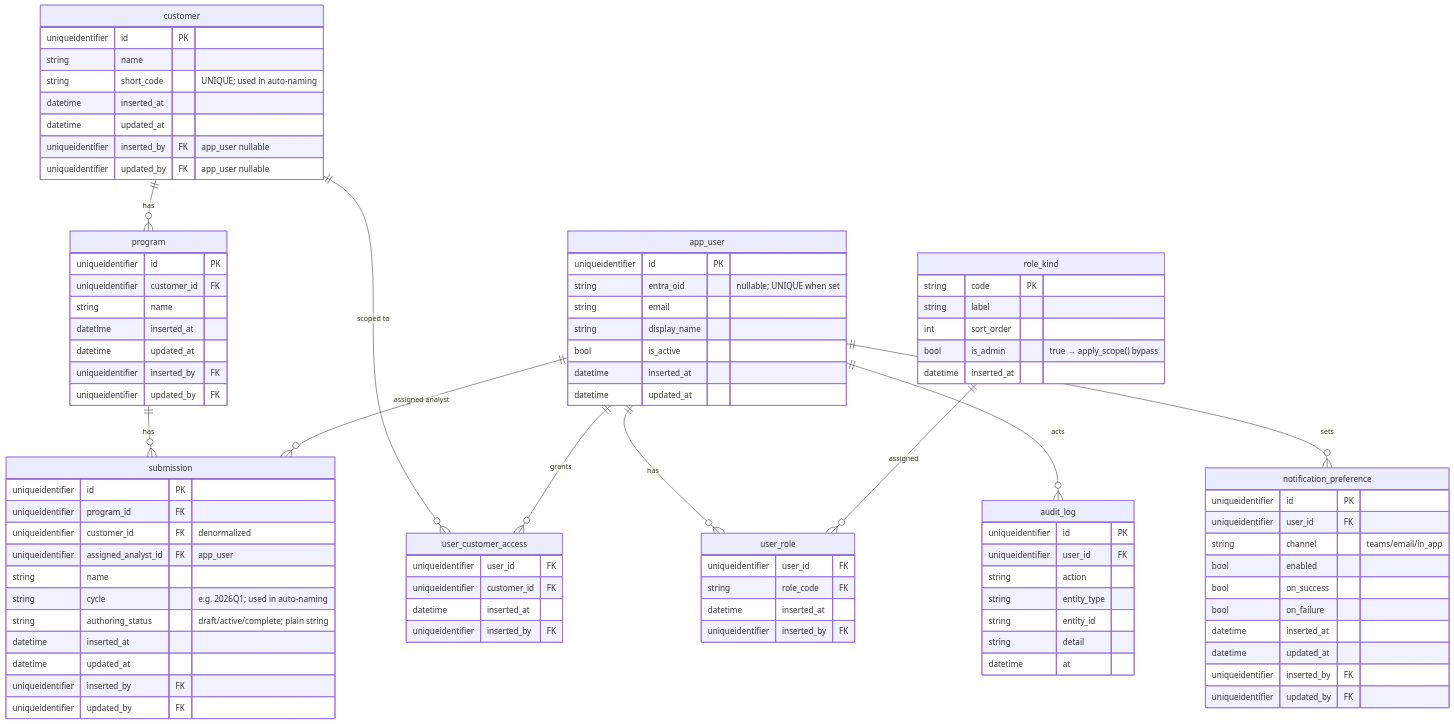
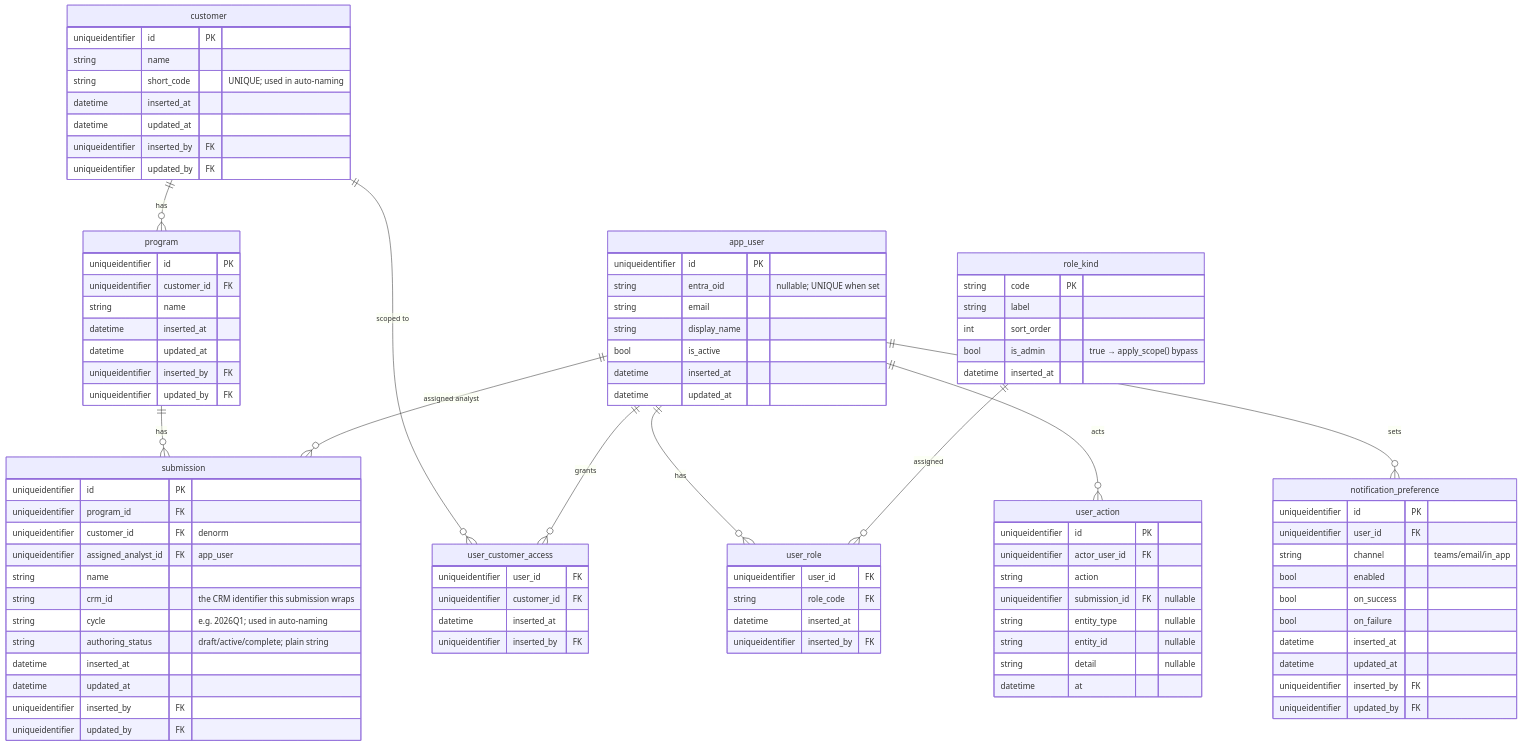
Before and after one commit to anilvenugopal/risk-workbench: the first of 7 diagrams in docs/DATA_MODEL.md, drawn with Mermaid. The commit also changed other lines of this file and 25 other files, not shown here.

```diff
--- a/docs/DATA_MODEL.md
+++ b/docs/DATA_MODEL.md
@@ -60,7 +113,7 @@
   app_user ||--o{ user_customer_access : grants
   app_user ||--o{ user_role : has
   role_kind ||--o{ user_role : assigned
-  app_user ||--o{ audit_log : acts
+  app_user ||--o{ user_action : acts
   app_user ||--o{ submission : "assigned analyst"
   app_user ||--o{ notification_preference : sets
 
@@ -70,8 +123,8 @@
     string short_code "UNIQUE; used in auto-naming"
     datetime inserted_at
     datetime updated_at
-    uniqueidentifier inserted_by FK "app_user nullable"
-    uniqueidentifier updated_by FK "app_user nullable"
+    uniqueidentifier inserted_by FK
+    uniqueidentifier updated_by FK
   }
   program {
     uniqueidentifier id PK
@@ -85,9 +138,10 @@
   submission {
     uniqueidentifier id PK
     uniqueidentifier program_id FK
-    uniqueidentifier customer_id FK "denormalized"
+    uniqueidentifier customer_id FK "denorm"
     uniqueidentifier assigned_analyst_id FK "app_user"
     string name
+    string crm_id "the CRM identifier this submission wraps"
     string cycle "e.g. 2026Q1; used in auto-naming"
     string authoring_status "draft/active/complete; plain string"
     datetime inserted_at
@@ -123,13 +177,14 @@
     datetime inserted_at
     uniqueidentifier inserted_by FK
   }
-  audit_log {
+  user_action {
     uniqueidentifier id PK
-    uniqueidentifier user_id FK
+    uniqueidentifier actor_user_id FK
     string action
-    string entity_type
-    string entity_id
-    string detail
+    uniqueidentifier submission_id FK "nullable"
+    string entity_type "nullable"
+    string entity_id "nullable"
+    string detail "nullable"
     datetime at
   }
   notification_preference {
```
